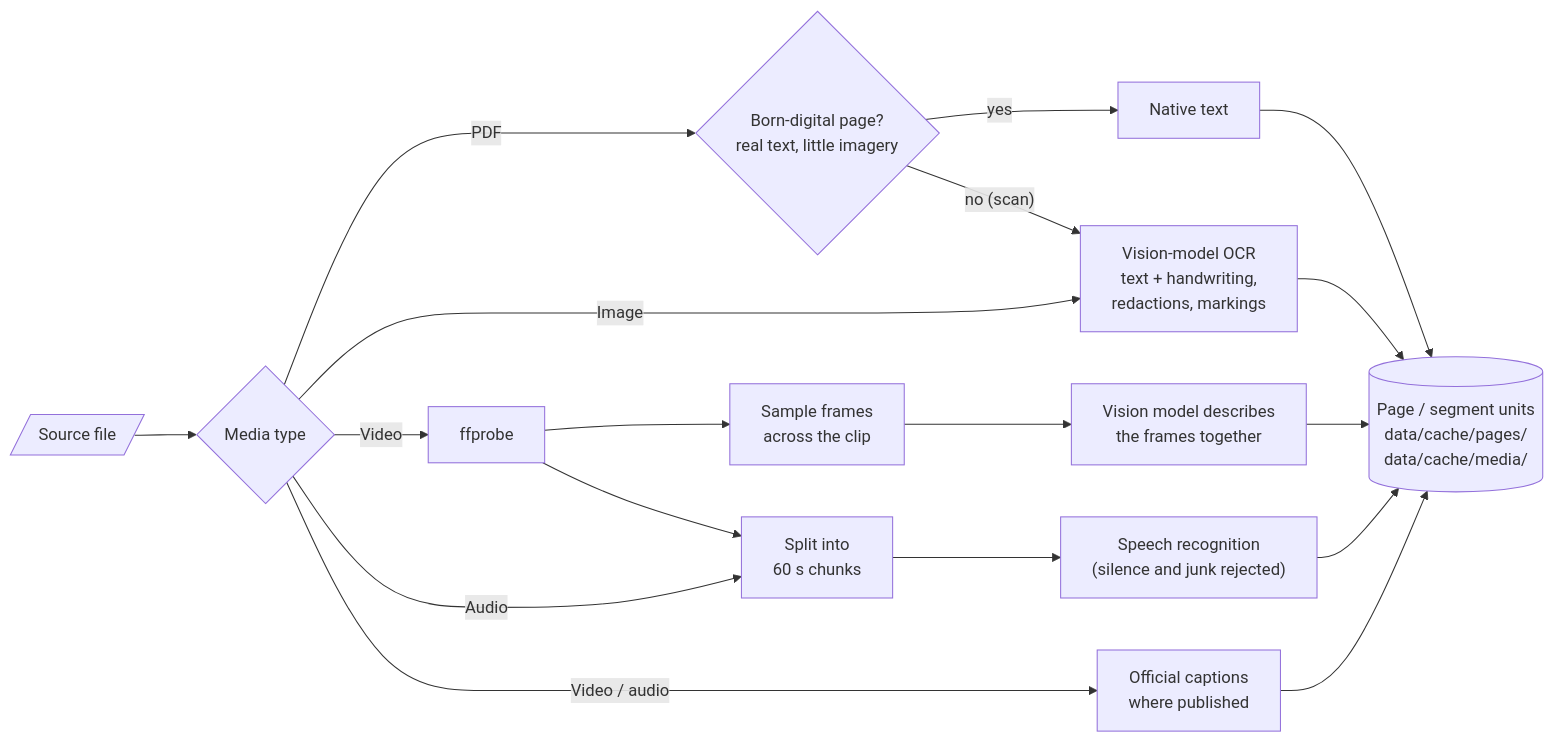
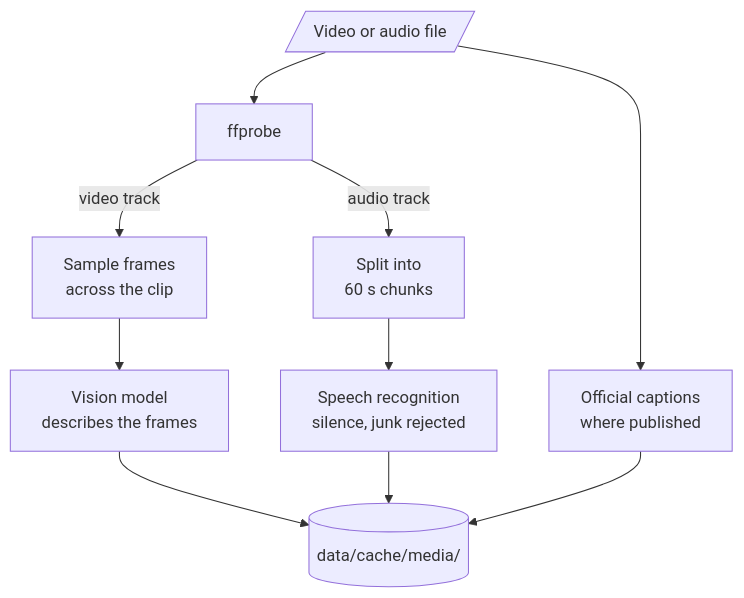
One commit to robertrittmuller/ufo-analysis changed the fourth of 8 diagrams in README.md. Above: the diagram before and after it, drawn with Mermaid. The commit also changed other lines of this file, not shown here.

Commit message:
Rework README pipeline diagrams as vertical flows

````diff
--- a/README.md
+++ b/README.md
@@ -109,20 +119,12 @@
 ```mermaid
-flowchart LR
-    file[/"Source file"/] --> kind{Media type}
-
-    kind -- PDF --> pg{"Born-digital page?<br/>real text, little imagery"}
-    pg -- yes --> native["Native text"]
-    pg -- "no (scan)" --> ocr["Vision-model OCR<br/>text + handwriting,<br/>redactions, markings"]
-    kind -- Image --> ocr
-
-    kind -- Video --> probe["ffprobe"] --> frames["Sample frames<br/>across the clip"] --> fr["Vision model describes<br/>the frames together"]
-    probe --> aud
-    kind -- Audio --> aud["Split into<br/>60 s chunks"] --> asr["Speech recognition<br/>(silence and junk rejected)"]
-    kind -- "Video / audio" --> cap["Official captions<br/>where published"]
-
-    native --> units[("Page / segment units<br/>data/cache/pages/<br/>data/cache/media/")]
-    ocr --> units
-    fr --> units
-    asr --> units
-    cap --> units
+flowchart TD
+    media[/"Video or audio file"/] --> probe["ffprobe"]
+    probe -- "video track" --> frames["Sample frames<br/>across the clip"]
+    frames --> fr["Vision model<br/>describes the frames"]
+    probe -- "audio track" --> aud["Split into<br/>60 s chunks"]
+    aud --> asr["Speech recognition<br/>silence, junk rejected"]
+    media --> cap["Official captions<br/>where published"]
+    fr --> mc[("data/cache/media/")]
+    asr --> mc
+    cap --> mc
 ```
````
